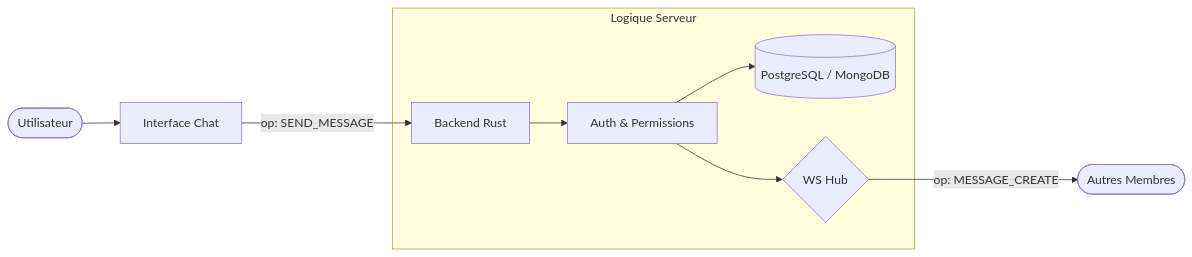
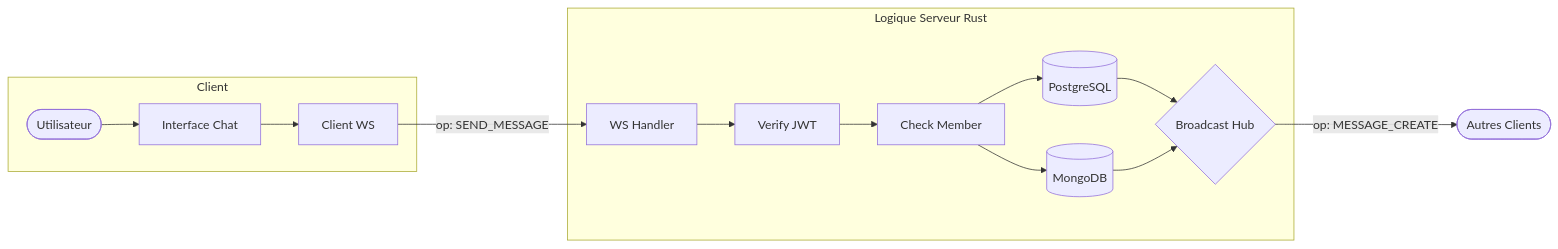
One commit to florian-billon/voisins-connect changed the second of 4 diagrams in README.md. Above: the diagram before and after it, drawn with Mermaid.

Commit message:
docs: add more detail to WebSocket diagram while keeping GH-style layout

````diff
--- a/README.md
+++ b/README.md
@@ -330,13 +330,19 @@
 ```mermaid
 flowchart LR
-    U([Utilisateur]) --> App[Interface Chat]
-    App -- op: SEND_MESSAGE --> S[Backend Rust]
-    
-    subgraph Backend [Logique Serveur]
-        S --> Auth[Auth & Permissions]
-        Auth --> DB[(PostgreSQL / MongoDB)]
-        Auth --> Hub{WS Hub}
+    subgraph Frontend [Client]
+    U([Utilisateur]) --> UI[Interface Chat]
+    UI --> WS_C[Client WS]
     end
-    
-    Hub -- op: MESSAGE_CREATE --> Others([Autres Membres])
+
+    WS_C -- "op: SEND_MESSAGE" --> WS_H[WS Handler]
+
+    subgraph Backend [Logique Serveur Rust]
+    WS_H --> Auth[Verify JWT]
+    Auth --> Perms[Check Member]
+    Perms --> PG[(PostgreSQL)]
+    Perms --> MG[(MongoDB)]
+    PG & MG --> Hub{Broadcast Hub}
+    end
+
+    Hub -- "op: MESSAGE_CREATE" --> Peers([Autres Clients])
 ```
````
